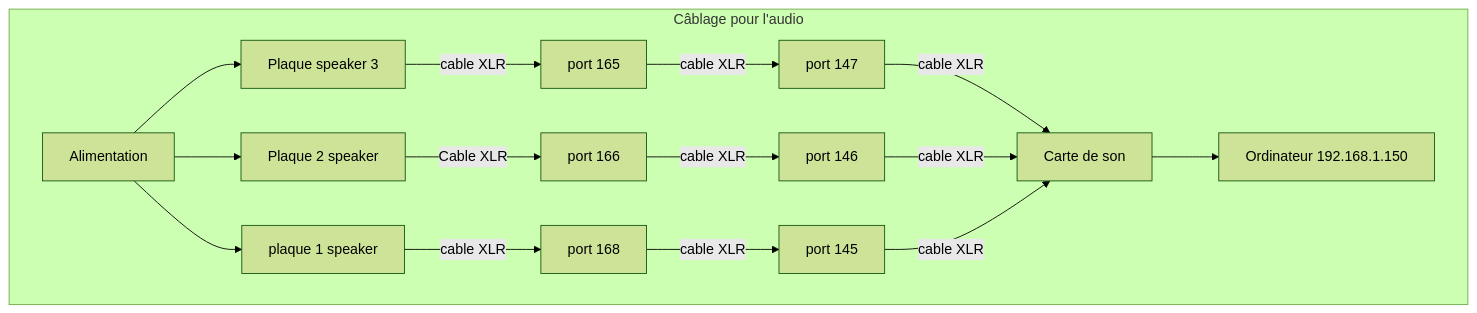
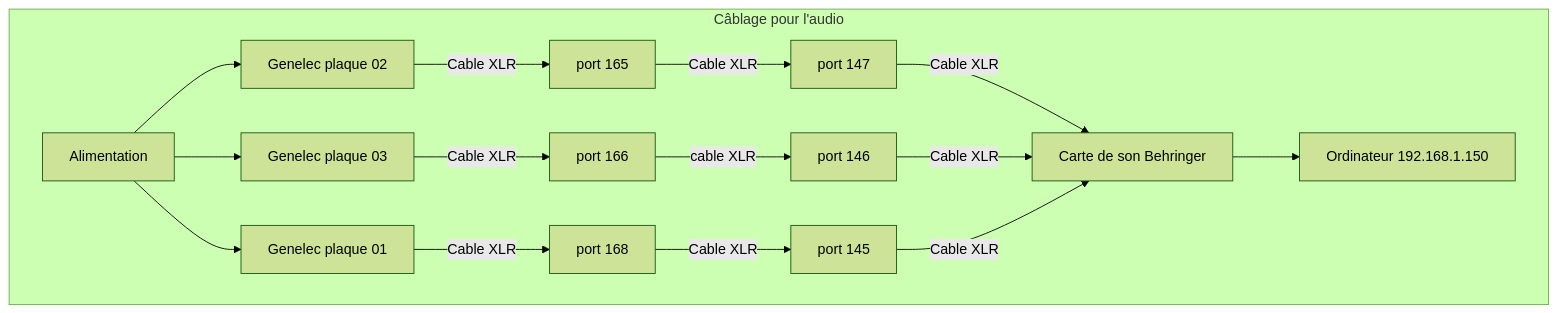
The diagram in 50_diffusion/README.md (Miaou-Mafia/projet-luminatura), drawn with Mermaid (forest theme) before and after one commit. The commit also changed other lines of this file, not shown here.

Commit message:
correction synoptique

````diff
--- a/50_diffusion/README.md
+++ b/50_diffusion/README.md
@@ -48,15 +48,15 @@
 ```mermaid
 flowchart TD
     subgraph Câblage pour l'audio
         N[Alimentation] --> O
-        O[ plaque 1 speaker] -->| cable XLR | P[port 168] -->| cable XLR | H[ port 145]
-        N --> R[Plaque 2 speaker]
+        O[ Genelec plaque 01 ] -->| Cable XLR | P[port 168] -->| Cable XLR | H[ port 145]
+        N --> R[Genelec plaque 03 ]
         R -->| Cable XLR | S[port 166] -->| cable XLR | I[ port 146]
         N --> T
-        T[Plaque speaker 3] -->| cable XLR | U[ port 165] -->| cable XLR | G[ port 147]
-        G -->| cable XLR | F
-        I -->| cable XLR | F
-        H -->| cable XLR | F
-        F[Carte de son] --> W[Ordinateur 192.168.1.150]
+        T[Genelec plaque 02 ] -->| Cable XLR | U[ port 165] -->| Cable XLR | G[ port 147]
+        G -->| Cable XLR | F
+        I -->| Cable XLR | F
+        H -->| Cable XLR | F
+        F[Carte de son Behringer] --> W[Ordinateur 192.168.1.150]
     end
 ```
````
